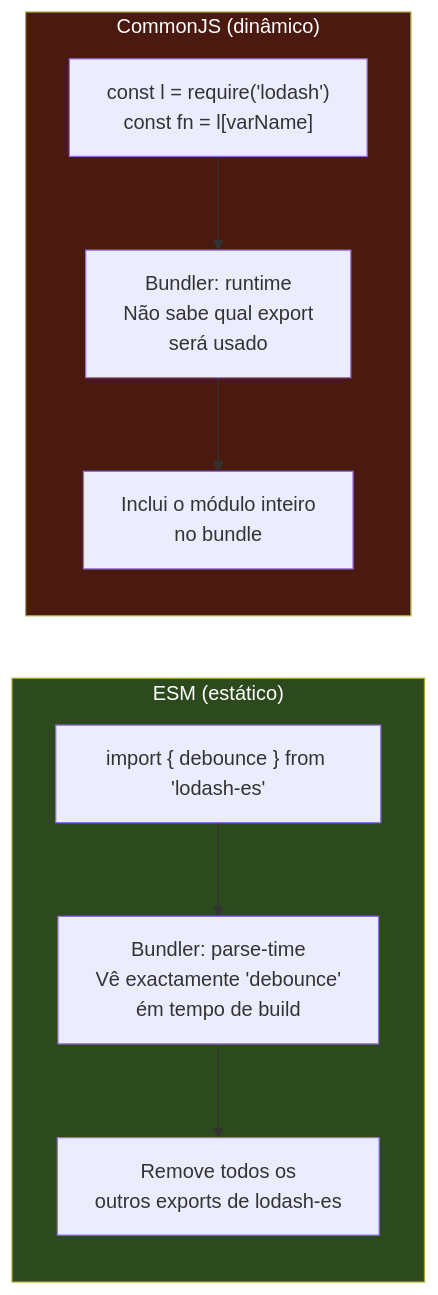
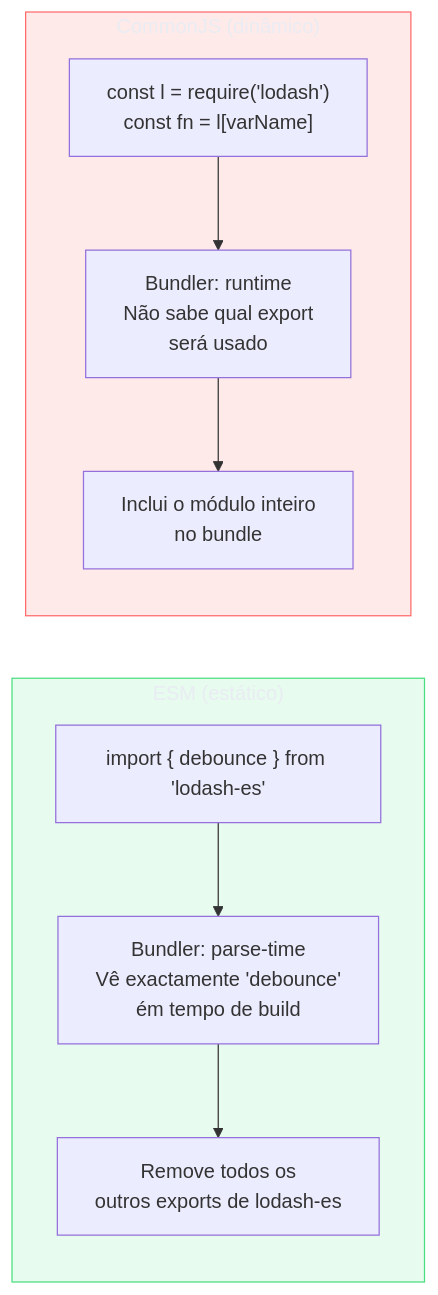
Before and after one commit to josenaldo/codex-technomanticus: the second of 8 diagrams in 03-Dominios/Tecnologia/Tooling e Build/17 - Otimização de bundle.md, drawn with Mermaid. The commit also changed other lines of this file and 1181 other files, not shown here.

First line of the commit message:
fix(diagramas): paleta do sistema no lugar de cor cravada no markdown

````diff
--- a/03-Dominios/Tecnologia/Tooling e Build/17 - Otimização de bundle.md
+++ b/03-Dominios/Tecnologia/Tooling e Build/17 - Otimização de bundle.md
@@ -151,21 +153,23 @@
 ```mermaid
 graph LR
+    classDef ok fill:#4ADE8021,stroke:#4ADE80,color:#E9ECF2
+    classDef falha fill:#FF6B6B24,stroke:#FF6B6B,color:#E9ECF2
     subgraph ESM["ESM (estático)"]
         direction TB
         ES_SRC["import { debounce } from 'lodash-es'"]
         ES_PARSE["Bundler: parse-time\nVê exactamente 'debounce'\ném tempo de build"]
         ES_DCE["Remove todos os\noutros exports de lodash-es"]
         ES_SRC --> ES_PARSE --> ES_DCE
     end
 
     subgraph CJS["CommonJS (dinâmico)"]
         direction TB
         CJS_SRC["const l = require('lodash')\nconst fn = l[varName]"]
         CJS_RUNTIME["Bundler: runtime\nNão sabe qual export\n será usado"]
         CJS_ALL["Inclui o módulo inteiro\nno bundle"]
         CJS_SRC --> CJS_RUNTIME --> CJS_ALL
     end
 
-    style ESM fill:#2d4a1e,color:#fff
-    style CJS fill:#4a1a10,color:#fff
+    class ESM ok
+    class CJS falha
 ```
````
